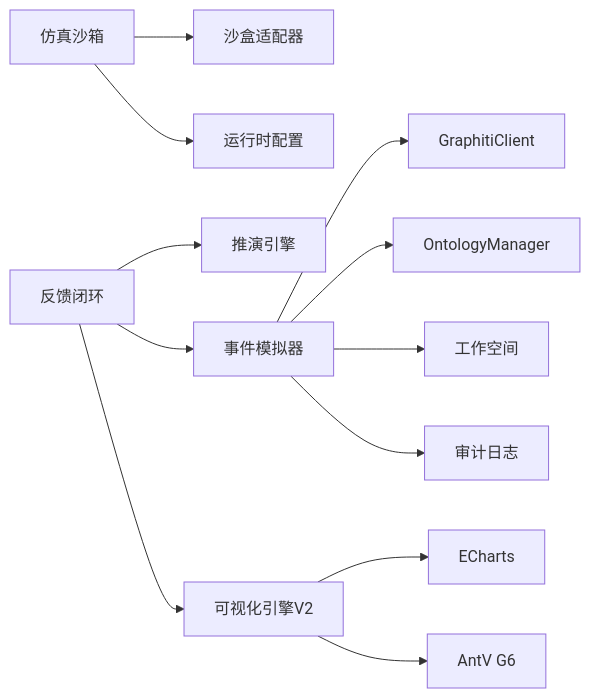
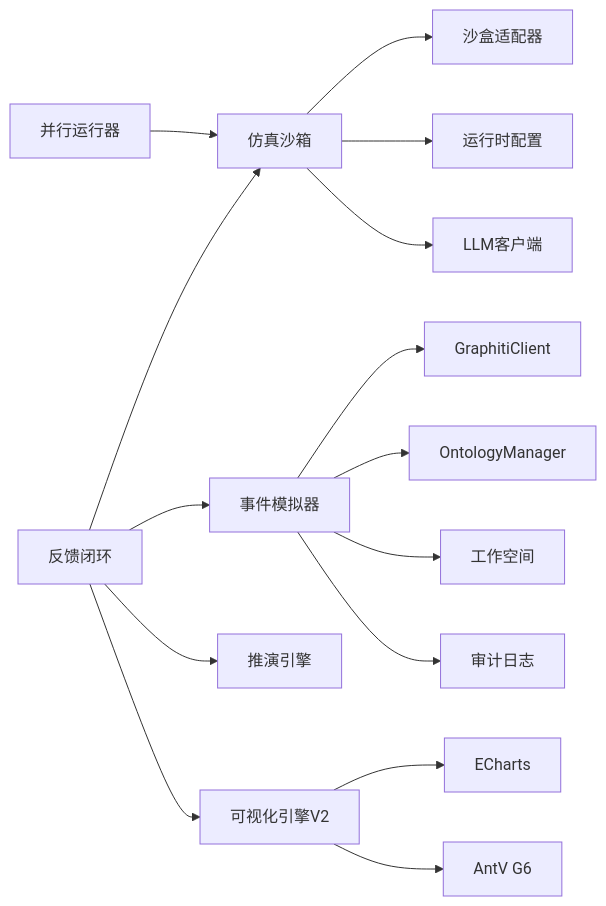
The eighth of 8 diagrams in .qoder/repowiki/zh/content/核心模块/仿真推演模块/仿真推演模块.md (inier/ontology-graphiti), drawn with Mermaid before and after one commit. The commit also changed other lines of this file and 8 other files, not shown here.

````diff
--- a/.qoder/repowiki/zh/content/核心模块/仿真推演模块/仿真推演模块.md
+++ b/.qoder/repowiki/zh/content/核心模块/仿真推演模块/仿真推演模块.md
@@ -312,14 +394,17 @@
 ```mermaid
 graph LR
 ES["事件模拟器"] --> GCLI["GraphitiClient"]
 ES --> OM["OntologyManager"]
 ES --> WS["工作空间"]
 ES --> AUD["审计日志"]
 SS["仿真沙箱"] --> ADP["沙盒适配器"]
 SS --> RUN["运行时配置"]
+SS --> LLM["LLM客户端"]
+PR["并行运行器"] --> SS
 FB["反馈闭环"] --> SE["推演引擎"]
 FB --> ES
 FB --> VE["可视化引擎V2"]
+FB --> SS
 VE --> ECH["ECharts"]
 VE --> G6["AntV G6"]
 ```
````
